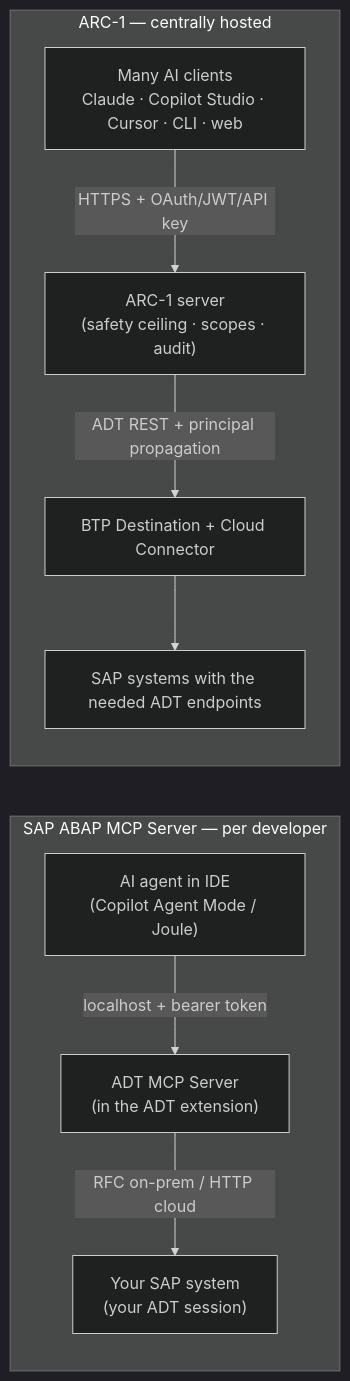
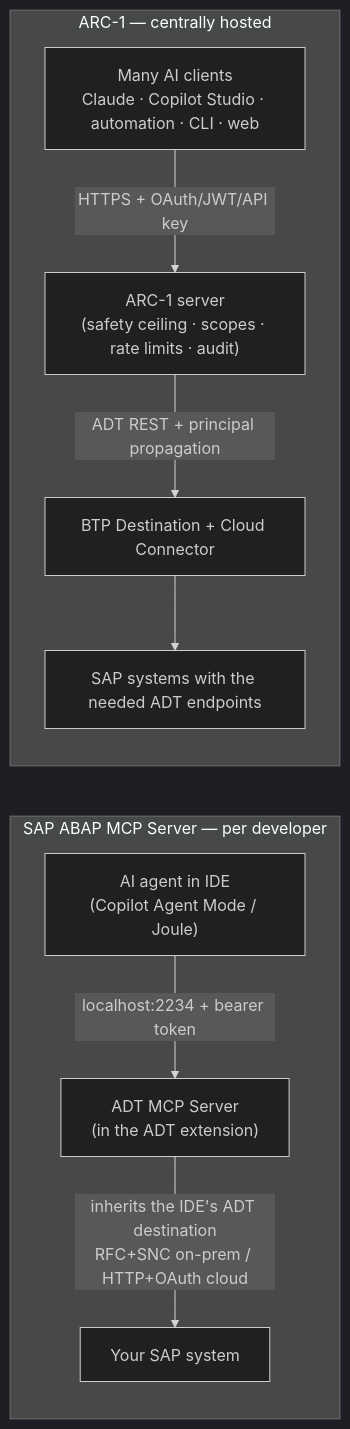
Before and after one commit to arc-mcp/arc-1: the diagram in docs_page/arc-1-vs-sap-abap-mcp-server.md, drawn with Mermaid (dark theme). The commit also changed other lines of this file, not shown here.

First line of the commit message:
docs: apply maintainer review to ARC-1 vs SAP ABAP MCP comparison

````diff
--- a/docs_page/arc-1-vs-sap-abap-mcp-server.md
+++ b/docs_page/arc-1-vs-sap-abap-mcp-server.md
@@ -154,14 +149,14 @@
 ```mermaid
 flowchart LR
   subgraph SAP_MODEL["SAP ABAP MCP Server — per developer"]
     direction TB
-    A1["AI agent in IDE<br/>(Copilot Agent Mode / Joule)"] -->|localhost + bearer token| A2["ADT MCP Server<br/>(in the ADT extension)"]
-    A2 -->|RFC on-prem / HTTP cloud| A3["Your SAP system<br/>(your ADT session)"]
+    A1["AI agent in IDE<br/>(Copilot Agent Mode / Joule)"] -->|localhost:2234 + bearer token| A2["ADT MCP Server<br/>(in the ADT extension)"]
+    A2 -->|inherits the IDE's ADT destination<br/>RFC+SNC on-prem / HTTP+OAuth cloud| A3["Your SAP system"]
   end
   subgraph ARC1_MODEL["ARC-1 — centrally hosted"]
     direction TB
-    B1["Many AI clients<br/>Claude · Copilot Studio · Cursor · CLI · web"] -->|HTTPS + OAuth/JWT/API key| B2["ARC-1 server<br/>(safety ceiling · scopes · audit)"]
+    B1["Many AI clients<br/>Claude · Copilot Studio · automation · CLI · web"] -->|HTTPS + OAuth/JWT/API key| B2["ARC-1 server<br/>(safety ceiling · scopes · rate limits · audit)"]
     B2 -->|ADT REST + principal propagation| B3["BTP Destination + Cloud Connector"]
     B3 --> B4["SAP systems with the needed ADT endpoints"]
   end
 ```
````
